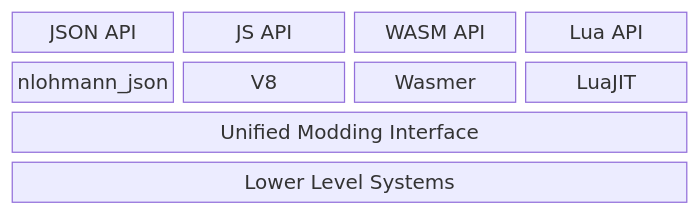
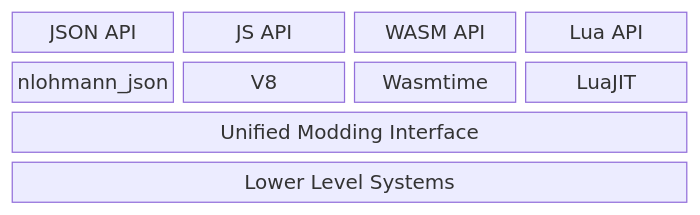
Before and after one commit to cherryridge/docs: the diagram in docs/pack/overview.mdx, drawn with Mermaid. The commit also changed other lines of this file and 3 other files, not shown here.

````diff
--- a/docs/pack/overview.mdx
+++ b/docs/pack/overview.mdx
@@ -19,8 +19,8 @@
 ```mermaid
 block-beta
     columns 4
     A["JSON API"] B["JS API"] C["WASM API"] D["Lua API"]
-    nlohmann_json V8 Wasmer LuaJIT
+    nlohmann_json V8 Wasmtime LuaJIT
     E["Unified Modding Interface"]:4
     F["Lower Level Systems"]:4
 ```
````
